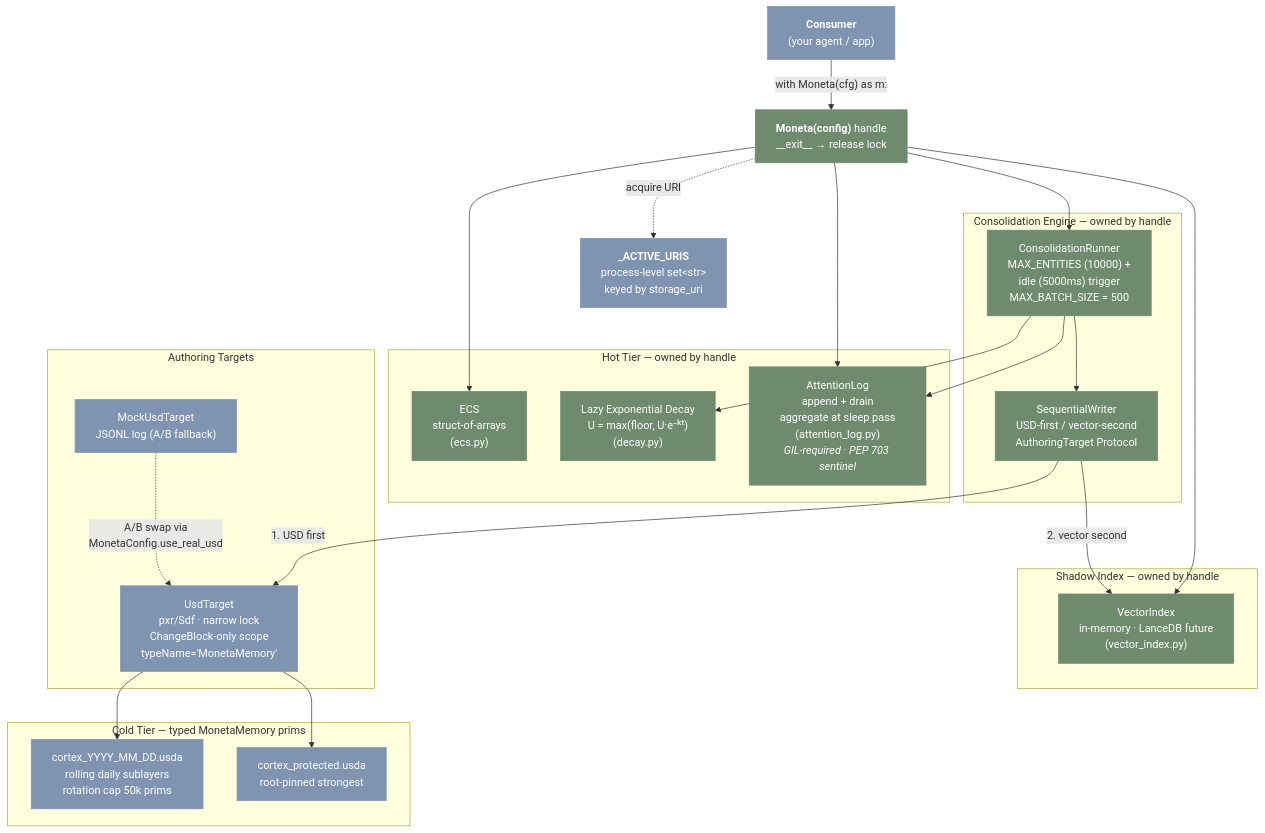
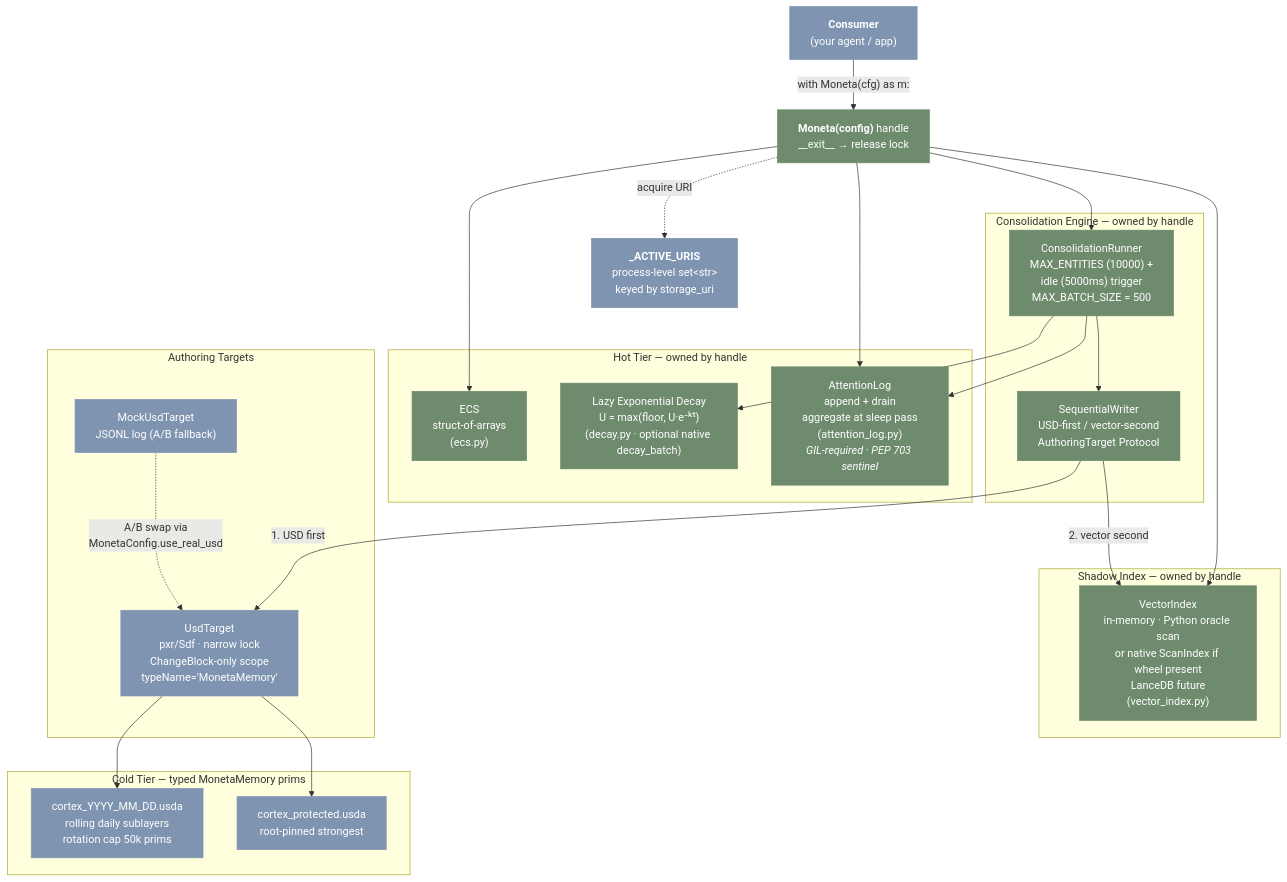
Before and after one commit to JosephOIbrahim/Moneta: the first of 10 diagrams in README.md, drawn with Mermaid. The commit also changed other lines of this file and 1 other file, not shown here.

First line of the commit message:
docs: README for v1.3.0-rc1 (native seams, v5 preview, test matrix, new mermaid diagrams)

````diff
--- a/README.md
+++ b/README.md
@@ -163,52 +190,52 @@
 ```mermaid
 graph TB
     consumer["<b>Consumer</b><br/>(your agent / app)"]
     handle["<b>Moneta(config)</b> handle<br/>__exit__ → release lock"]
     registry["<b>_ACTIVE_URIS</b><br/>process-level set&lt;str&gt;<br/>keyed by storage_uri"]
 
     subgraph hot["Hot Tier — owned by handle"]
         ECS["ECS<br/>struct-of-arrays<br/>(ecs.py)"]
-        Decay["Lazy Exponential Decay<br/>U = max(floor, U·e⁻ᵏᵗ)<br/>(decay.py)"]
+        Decay["Lazy Exponential Decay<br/>U = max(floor, U·e⁻ᵏᵗ)<br/>(decay.py · optional native decay_batch)"]
         AttLog["AttentionLog<br/>append + drain<br/>aggregate at sleep pass<br/>(attention_log.py)<br/><i>GIL-required · PEP 703 sentinel</i>"]
     end
 
     subgraph shadow["Shadow Index — owned by handle"]
-        VecIdx["VectorIndex<br/>in-memory · LanceDB future<br/>(vector_index.py)"]
+        VecIdx["VectorIndex<br/>in-memory · Python oracle scan<br/>or native ScanIndex if wheel present<br/>LanceDB future<br/>(vector_index.py)"]
     end
 
     subgraph consolidation["Consolidation Engine — owned by handle"]
         Runner["ConsolidationRunner<br/>MAX_ENTITIES (10000) +<br/>idle (5000ms) trigger<br/>MAX_BATCH_SIZE = 500"]
         SeqWriter["SequentialWriter<br/>USD-first / vector-second<br/>AuthoringTarget Protocol"]
     end
 
     subgraph targets["Authoring Targets"]
         Real["UsdTarget<br/>pxr/Sdf · narrow lock<br/>ChangeBlock-only scope<br/>typeName='MonetaMemory'"]
         Mock["MockUsdTarget<br/>JSONL log (A/B fallback)"]
     end
 
     subgraph cold["Cold Tier — typed MonetaMemory prims"]
         Rolling["cortex_YYYY_MM_DD.usda<br/>rolling daily sublayers<br/>rotation cap 50k prims"]
         Protected["cortex_protected.usda<br/>root-pinned strongest"]
     end
 
     consumer -->|"with Moneta(cfg) as m:"| handle
     handle -.->|"acquire URI"| registry
     handle --> ECS
     handle --> AttLog
     handle --> VecIdx
     handle --> Runner
     Runner --> AttLog
     Runner --> Decay
     Runner --> SeqWriter
     SeqWriter -->|"1. USD first"| Real
     SeqWriter -->|"2. vector second"| VecIdx
     Real --> Rolling
     Real --> Protected
     Mock -.->|"A/B swap via<br/>MonetaConfig.use_real_usd"| Real
 
     classDef green fill:#6E8B6E,color:#fff,stroke:#6E8B6E
     classDef blue fill:#7E94B0,color:#fff,stroke:#7E94B0
 
     class handle,ECS,Decay,AttLog,VecIdx,Runner,SeqWriter green
     class consumer,registry,Real,Mock,Rolling,Protected blue
 ```
````
